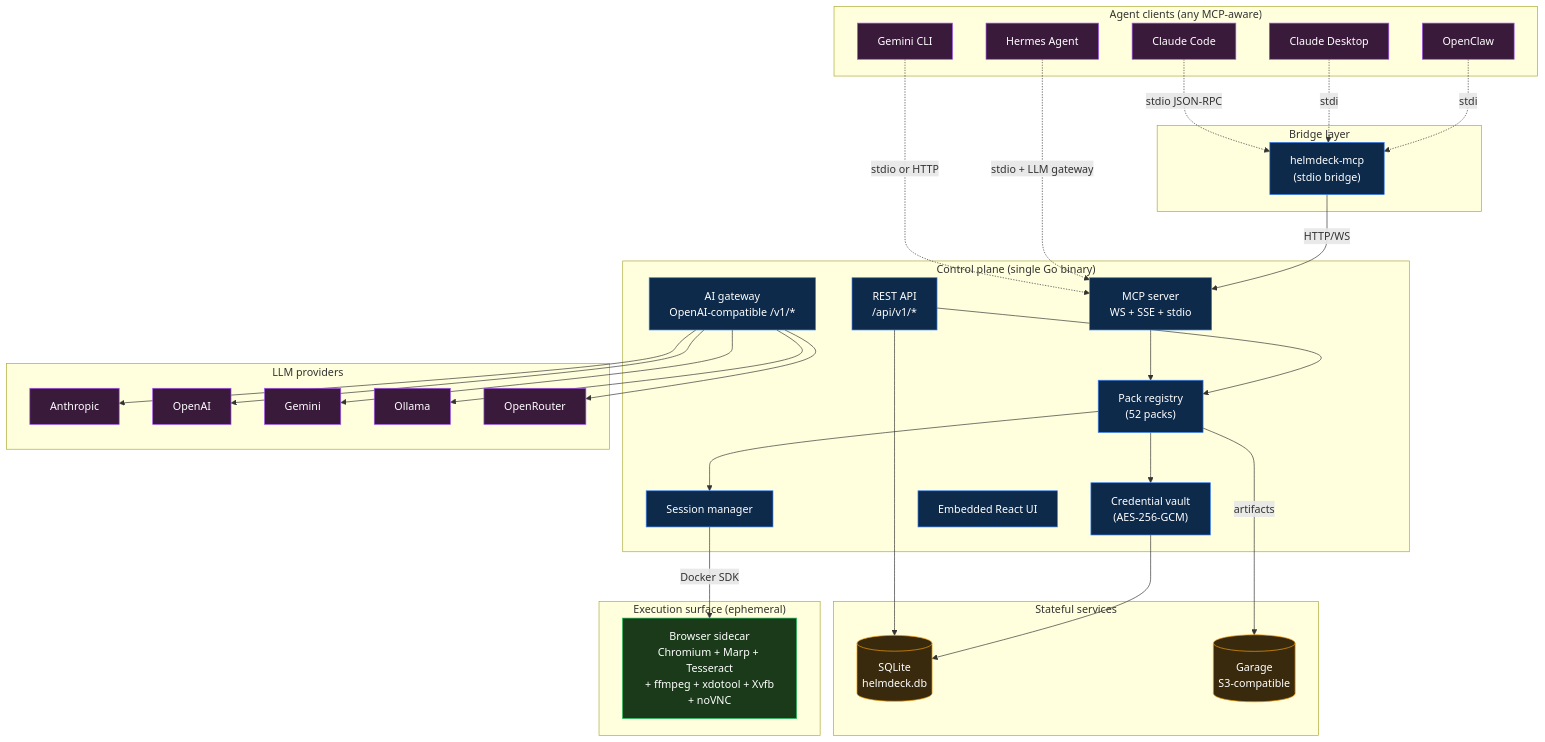
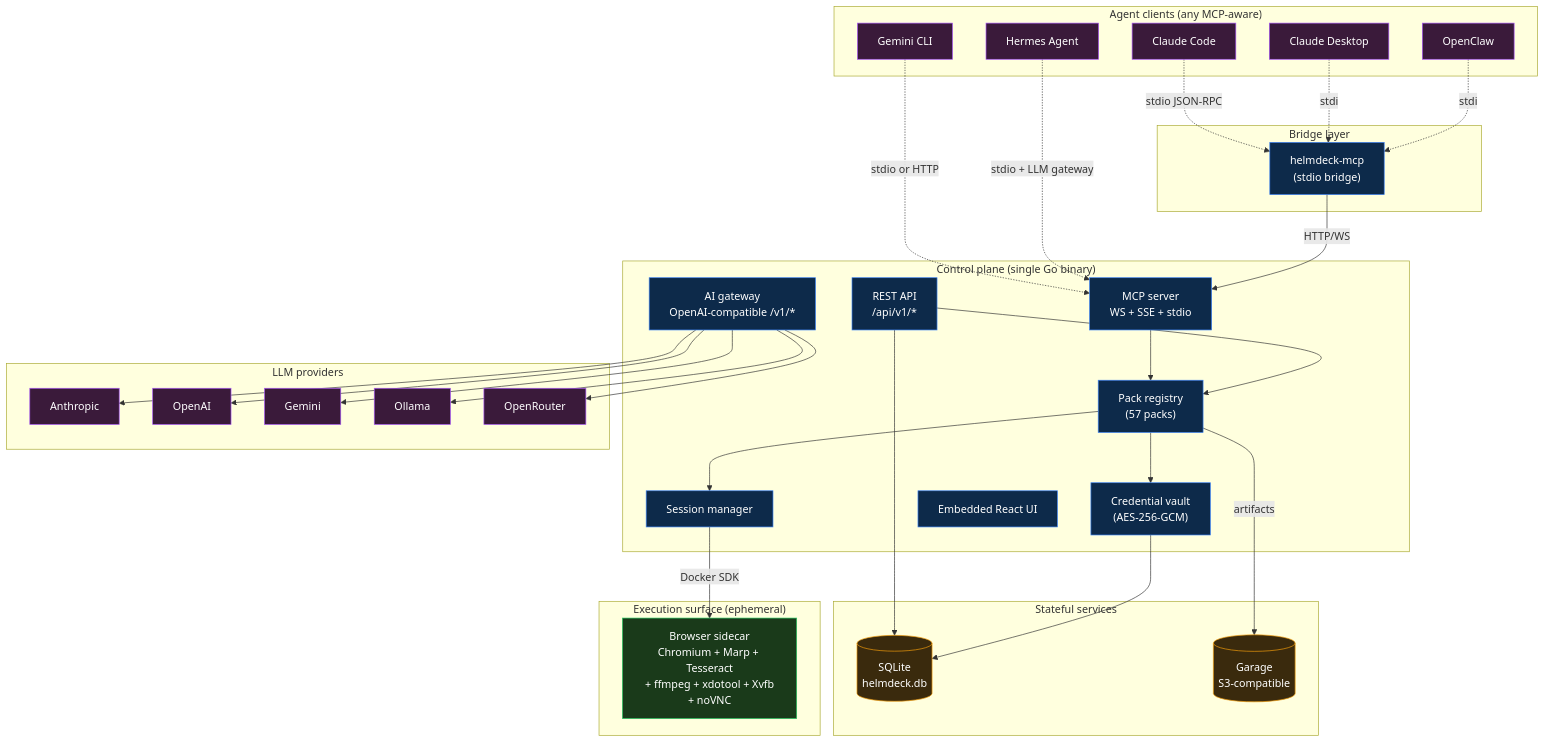
One commit to tosin2013/helmdeck changed the first of 7 diagrams in docs/reference/architecture.md. Above: the diagram before and after it, drawn with Mermaid. The commit also changed 20 other files, not shown here.

````diff
--- a/docs/reference/architecture.md
+++ b/docs/reference/architecture.md
@@ -26,71 +26,71 @@
 ```mermaid
 graph TB
     subgraph clients["Agent clients (any MCP-aware)"]
         cc["Claude Code"]
         cd["Claude Desktop"]
         oc["OpenClaw"]
         gc["Gemini CLI"]
         ha["Hermes Agent"]
     end
 
     subgraph bridge_layer["Bridge layer"]
         bridge["helmdeck-mcp<br/>(stdio bridge)"]
     end
 
     subgraph control_plane["Control plane (single Go binary)"]
         api["REST API<br/>/api/v1/*"]
         mcp_server["MCP server<br/>WS + SSE + stdio"]
         gateway["AI gateway<br/>OpenAI-compatible /v1/*"]
-        registry["Pack registry<br/>(52 packs)"]
+        registry["Pack registry<br/>(57 packs)"]
         vault["Credential vault<br/>(AES-256-GCM)"]
         sess_mgr["Session manager"]
         ui["Embedded React UI"]
     end
 
     subgraph state["Stateful services"]
         sqlite[("SQLite<br/>helmdeck.db")]
         garage[("Garage<br/>S3-compatible")]
     end
 
     subgraph execution["Execution surface (ephemeral)"]
         sidecar["Browser sidecar<br/>Chromium + Marp + Tesseract<br/>+ ffmpeg + xdotool + Xvfb<br/>+ noVNC"]
     end
 
     subgraph llms["LLM providers"]
         anthropic["Anthropic"]
         openai["OpenAI"]
         gemini["Gemini"]
         ollama["Ollama"]
         openrouter["OpenRouter"]
     end
 
     cc -.stdio JSON-RPC.-> bridge
     cd -.stdio.-> bridge
     oc -.stdio.-> bridge
     gc -.stdio or HTTP.-> mcp_server
     ha -.stdio + LLM gateway.-> mcp_server
 
     bridge -- HTTP/WS --> mcp_server
     mcp_server --> registry
     api --> registry
     registry --> sess_mgr
     registry --> vault
     sess_mgr -- Docker SDK --> sidecar
     api --> sqlite
     vault --> sqlite
     registry -- artifacts --> garage
     gateway --> anthropic
     gateway --> openai
     gateway --> gemini
     gateway --> ollama
     gateway --> openrouter
 
     classDef binary fill:#0d2a4a,stroke:#3b82f6,color:#fff
     classDef stateful fill:#3a2a0d,stroke:#f59e0b,color:#fff
     classDef ephemeral fill:#1a3a1a,stroke:#22c55e,color:#fff
     classDef external fill:#3a1a3a,stroke:#a855f7,color:#fff
     class api,mcp_server,gateway,registry,vault,sess_mgr,ui,bridge binary
     class sqlite,garage stateful
     class sidecar ephemeral
     class anthropic,openai,gemini,ollama,openrouter,cc,cd,oc,gc,ha external
 ```
````
